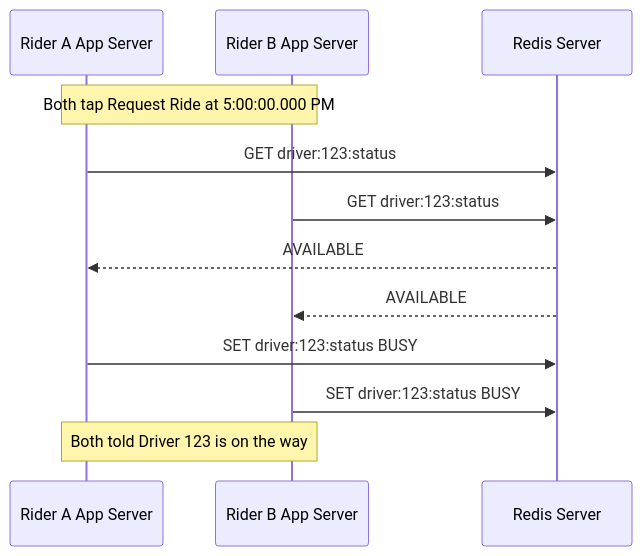
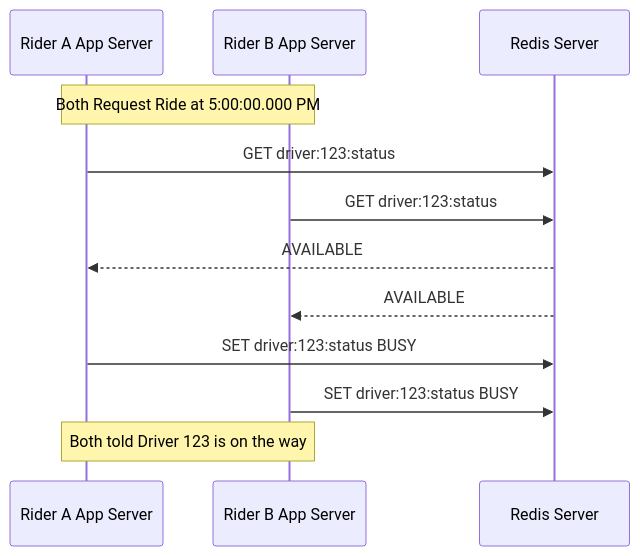
The fifth of 8 diagrams in blog/astro/src/content/docs/cache.md (Chandra179/atlas), drawn with Mermaid before and after one commit. The commit also changed other lines of this file and 13 other files, not shown here.

````diff
--- a/blog/astro/src/content/docs/cache.md
+++ b/blog/astro/src/content/docs/cache.md
@@ -292,15 +292,15 @@
 ```mermaid
 sequenceDiagram
     participant AppA as Rider A App Server
     participant AppB as Rider B App Server
     participant Redis as Redis Server
 
-    Note over AppA,AppB: Both tap Request Ride at 5:00:00.000 PM
+    Note over AppA,AppB: Both Request Ride at 5:00:00.000 PM
     AppA->>Redis: GET driver:123:status
     AppB->>Redis: GET driver:123:status
     Redis-->>AppA: AVAILABLE
     Redis-->>AppB: AVAILABLE
     AppA->>Redis: SET driver:123:status BUSY
     AppB->>Redis: SET driver:123:status BUSY
     Note over AppA,AppB: Both told Driver 123 is on the way
 ```
````
